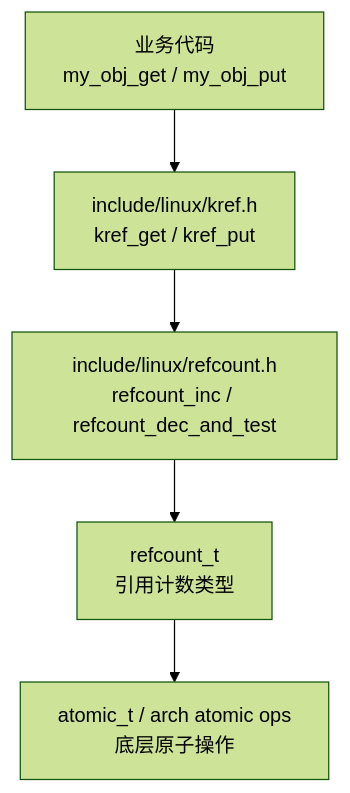
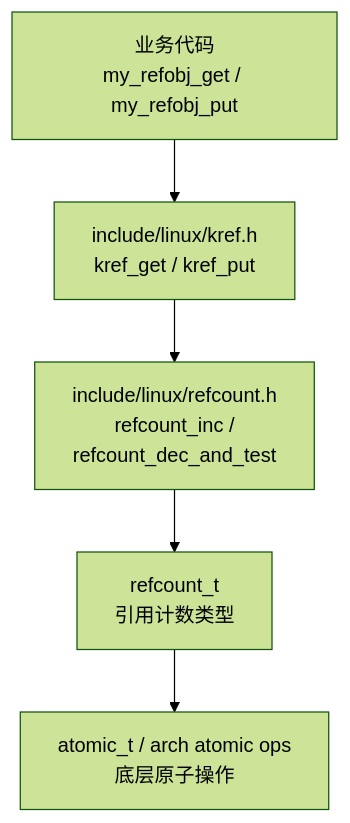
The second of 4 diagrams in appendix/kernel_data_structure/kref-引用计数/第 2 章：源码入口与结构定义.md (FormingSystem/linux_note), drawn with Mermaid (forest theme) before and after one commit. The commit also changed other lines of this file and 9 other files, not shown here.

````diff
--- a/appendix/kernel_data_structure/kref-引用计数/第 2 章：源码入口与结构定义.md
+++ b/appendix/kernel_data_structure/kref-引用计数/第 2 章：源码入口与结构定义.md
@@ -862,13 +1265,13 @@
 ```mermaid
 graph TD
-	A["业务代码<br/>my_obj_get / my_obj_put"]
+	A["业务代码<br/>my_refobj_get / my_refobj_put"]
 	B["include/linux/kref.h<br/>kref_get / kref_put"]
-	C["include/linux/refcount.h<br/>refcount_inc / refcount_dec_and_test"]
+	C["include/linux/refcount.h<br/>refcount_inc / <br/>refcount_dec_and_test"]
 	D["refcount_t<br/>引用计数类型"]
 	E["atomic_t / arch atomic ops<br/>底层原子操作"]
 
 	A --> B
 	B --> C
 	C --> D
 	D --> E
 ```
````
